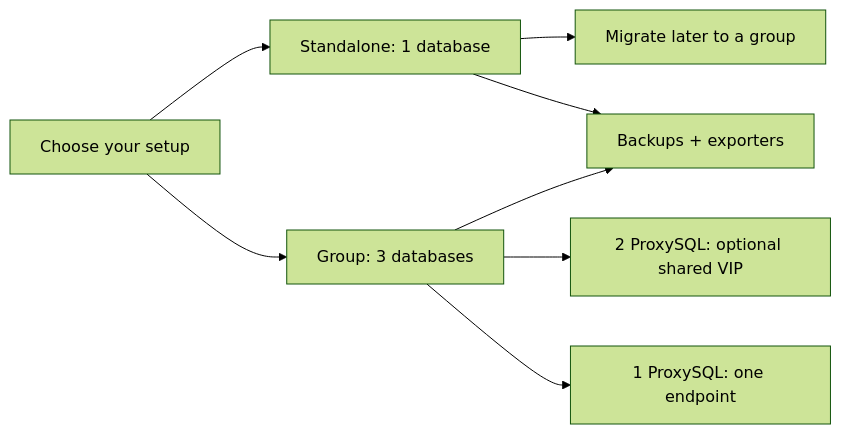
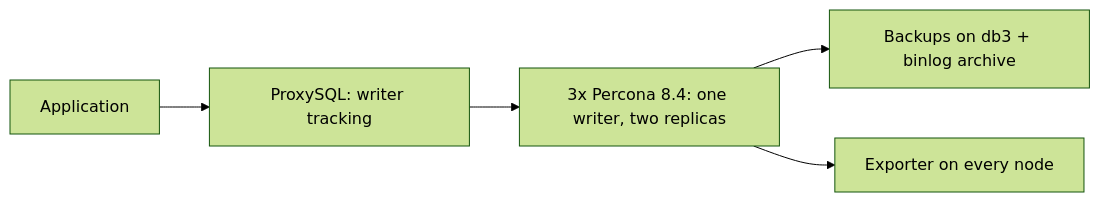
Before and after one commit to OT-OSM/percona_server: the diagram in README.md, drawn with Mermaid (forest theme). The commit also changed other lines of this file and 22 other files, not shown here.

````diff
--- a/README.md
+++ b/README.md
@@ -14,10 +22,7 @@
 ```mermaid
 flowchart LR
-  A[Choose your setup] --> S[Standalone: 1 database]
-  A --> G[Group: 3 databases]
-  G --> P2[2 ProxySQL: optional shared VIP]
-  G --> P1[1 ProxySQL: one endpoint]
-  S --> M[Migrate later to a group]
-  S --> B[Backups + exporters]
-  G --> B
+  A[Application] --> P[ProxySQL: writer tracking]
+  P --> G[3x Percona 8.4: one writer, two replicas]
+  G --> B[Backups on db3 + binlog archive]
+  G --> E[Exporter on every node]
 ```
````
